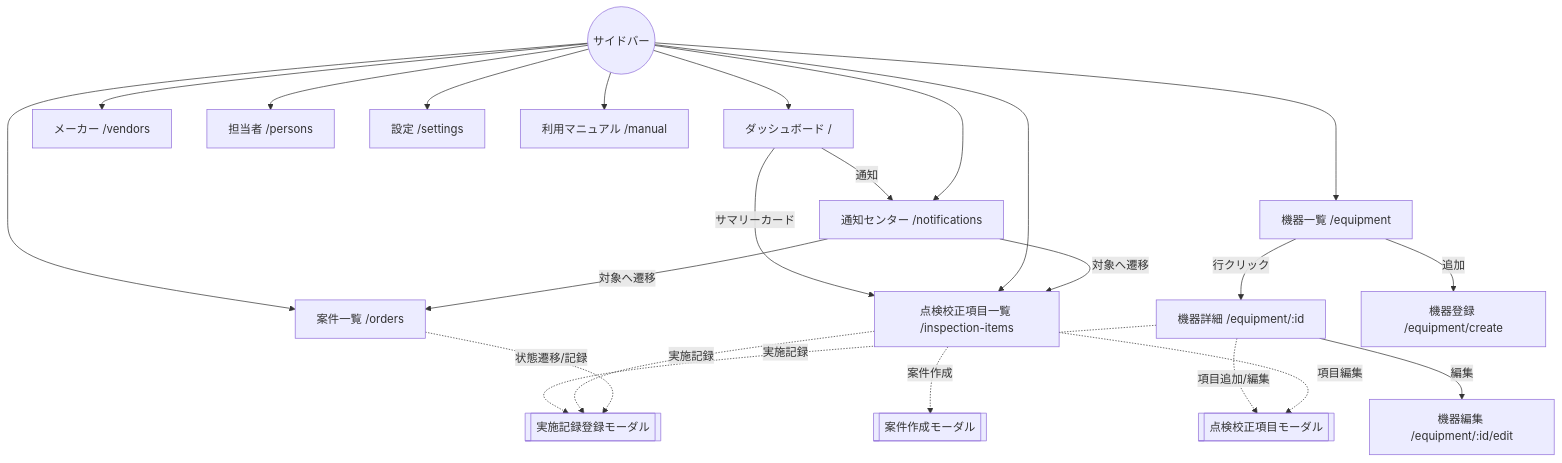
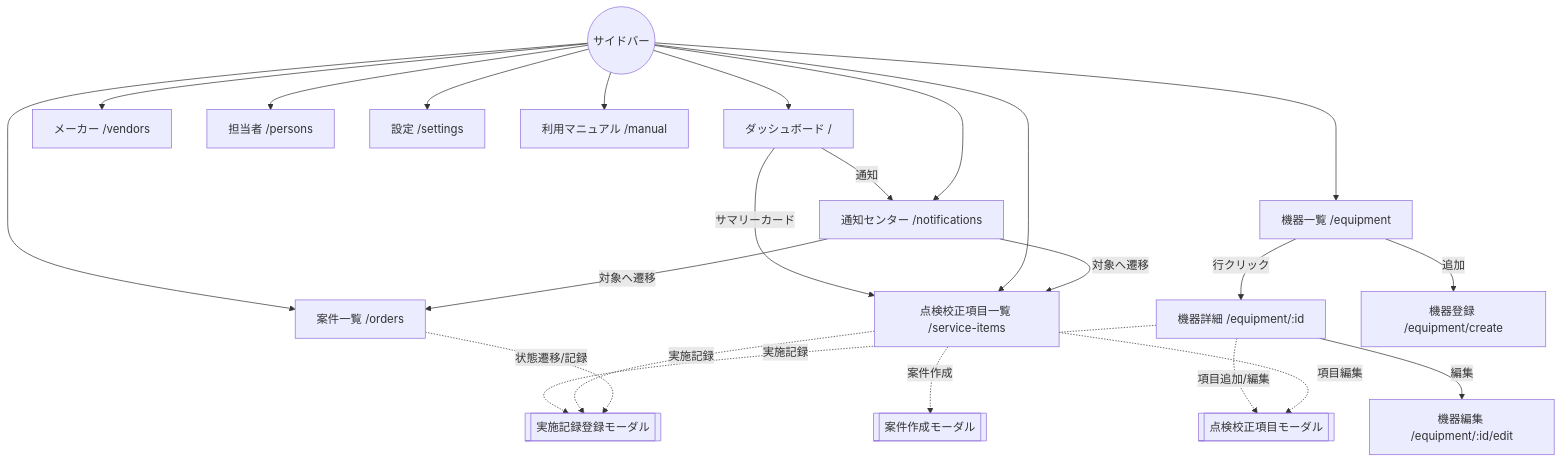
One commit to KyoheiTashiro/calibration-manager changed the diagram in docs/spec/screen-design/README.md. Above: the diagram before and after it, drawn with Mermaid. The commit also changed other lines of this file and 153 other files, not shown here.

Commit message:
rename Inspection*/Calibration* entities to Service* (D-045)

````diff
--- a/docs/spec/screen-design/README.md
+++ b/docs/spec/screen-design/README.md
@@ -115,17 +115,17 @@
 ```mermaid
 flowchart TD
-    Dash[ダッシュボード /] -->|サマリーカード| InspectionItems[点検校正項目一覧 /inspection-items]
+    Dash[ダッシュボード /] -->|サマリーカード| ServiceItems[点検校正項目一覧 /service-items]
     Dash -->|通知| Notice[通知センター /notifications]
-    Sidebar((サイドバー)) --> Dash & EqList[機器一覧 /equipment] & InspectionItems & Orders[案件一覧 /orders] & Vendors[メーカー /vendors] & Persons[担当者 /persons] & Notice & Settings[設定 /settings] & Manual[利用マニュアル /manual]
+    Sidebar((サイドバー)) --> Dash & EqList[機器一覧 /equipment] & ServiceItems & Orders[案件一覧 /orders] & Vendors[メーカー /vendors] & Persons[担当者 /persons] & Notice & Settings[設定 /settings] & Manual[利用マニュアル /manual]
     EqList -->|行クリック| EqDetail[機器詳細 /equipment/:id]
     EqList -->|追加| EqCreate[機器登録 /equipment/create]
     EqDetail -->|編集| EqEdit[機器編集 /equipment/:id/edit]
-    EqDetail -.項目追加/編集.-> InspectionItemModal[[点検校正項目モーダル]]
+    EqDetail -.項目追加/編集.-> ServiceItemModal[[点検校正項目モーダル]]
     EqDetail -.実施記録.-> RecModal[[実施記録登録モーダル]]
-    InspectionItems -.実施記録.-> RecModal
-    InspectionItems -.案件作成.-> OrderModal[[案件作成モーダル]]
-    InspectionItems -.項目編集.-> InspectionItemModal
+    ServiceItems -.実施記録.-> RecModal
+    ServiceItems -.案件作成.-> OrderModal[[案件作成モーダル]]
+    ServiceItems -.項目編集.-> ServiceItemModal
     Orders -.状態遷移/記録.-> RecModal
-    Notice -->|対象へ遷移| InspectionItems
+    Notice -->|対象へ遷移| ServiceItems
     Notice -->|対象へ遷移| Orders
 ```
````
